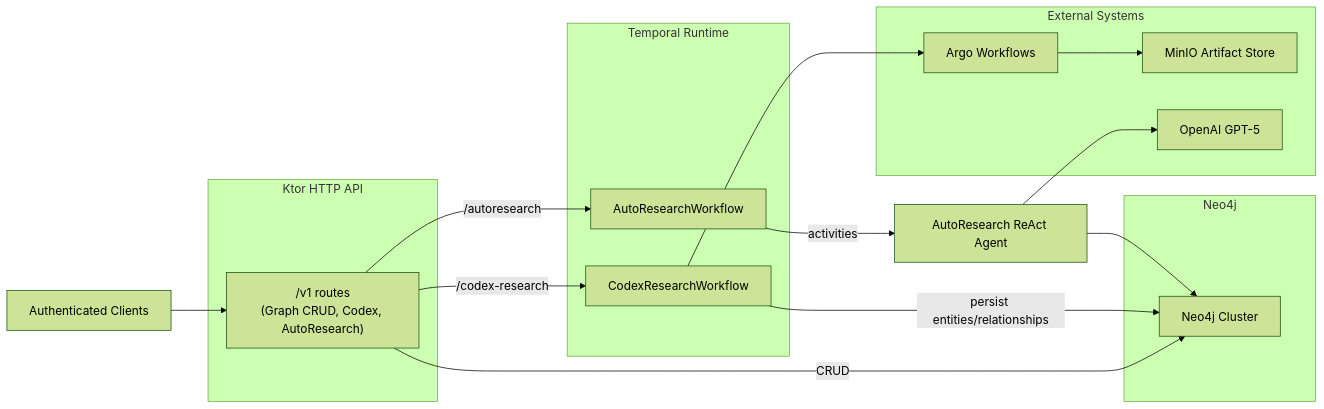
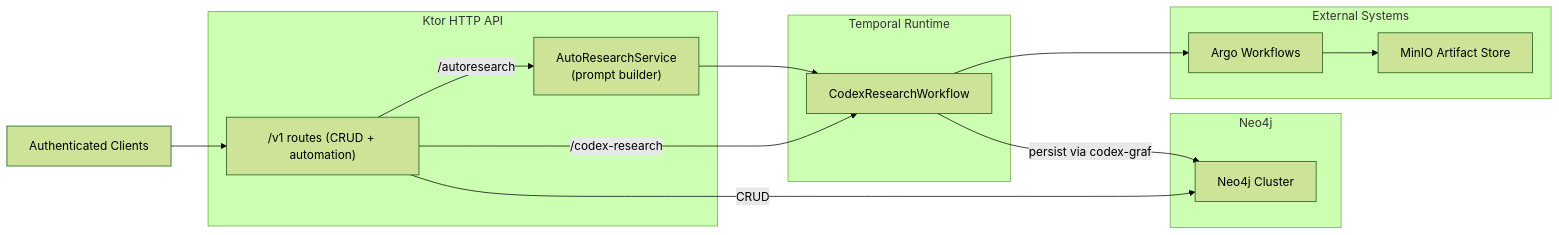
One commit to proompteng/lab changed the first of 2 diagrams in docs/graf-current-state.md. Above: the diagram before and after it, drawn with Mermaid (forest theme). The commit also changed other lines of this file and 32 other files, not shown here.

Commit message:
feat: move autoresearch to codex prompt

````diff
--- a/docs/graf-current-state.md
+++ b/docs/graf-current-state.md
@@ -36,31 +35,27 @@
 ```mermaid
 flowchart LR
     subgraph API["Ktor HTTP API"]
-        Routes["/v1 routes\n(Graph CRUD, Codex, AutoResearch)"]
+        Routes["/v1 routes (CRUD + automation)"]
+        AutoPrompt["AutoResearchService\n(prompt builder)"]
     end
     subgraph Persistence["Neo4j"]
         Neo4jDB["Neo4j Cluster"]
     end
     subgraph Temporal["Temporal Runtime"]
         CodexWF["CodexResearchWorkflow"]
-        AutoWF["AutoResearchWorkflow"]
     end
     subgraph External["External Systems"]
         Argo["Argo Workflows"]
         Minio["MinIO Artifact Store"]
-        OpenAI["OpenAI GPT-5"]
     end
 
     Client["Authenticated Clients"] --> Routes
     Routes -->|CRUD| Neo4jDB
     Routes -->|/codex-research| CodexWF
-    Routes -->|/autoresearch| AutoWF
+    Routes -->|/autoresearch| AutoPrompt
+    AutoPrompt --> CodexWF
 
     CodexWF --> Argo
     Argo --> Minio
-    CodexWF -->|persist entities/relationships| Neo4jDB
-
-    AutoWF -->|activities| AutoAgent["AutoResearch ReAct Agent"]
-    AutoAgent --> Neo4jDB
-    AutoAgent --> OpenAI
+    CodexWF -->|persist via codex-graf| Neo4jDB
 ```
````
